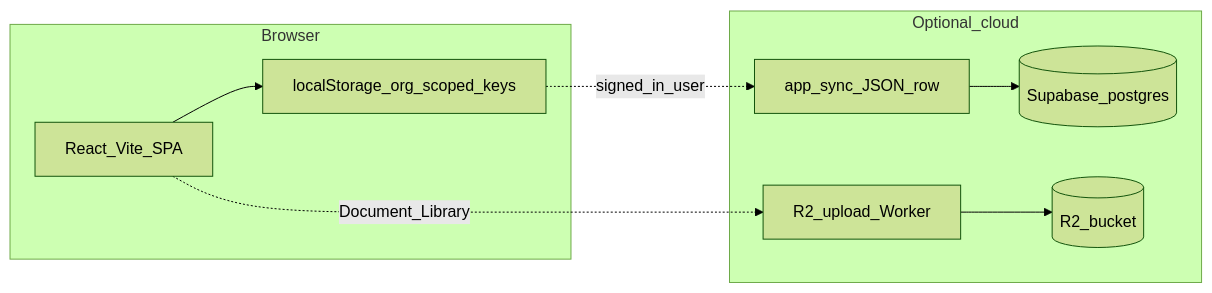
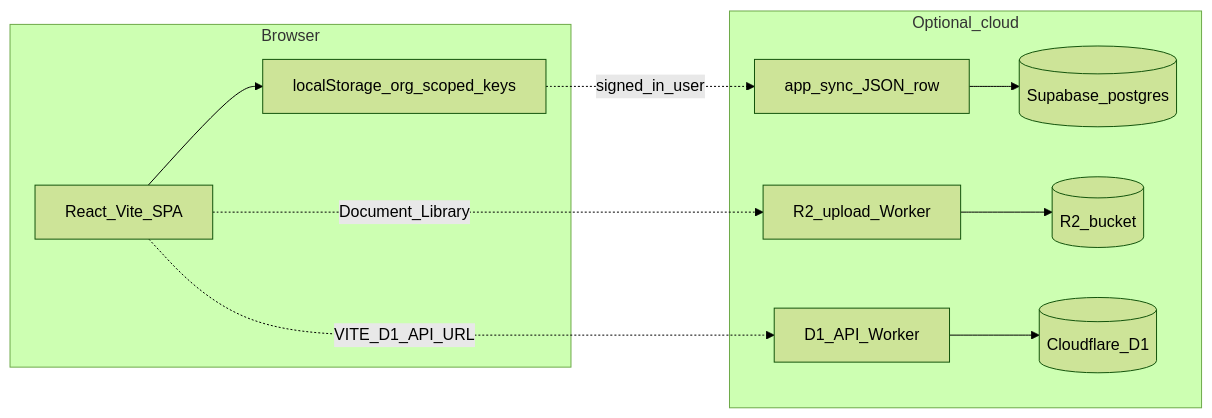
Before and after one commit to owedykpatryk-oss/MySafeOps: the diagram in DOCS/architecture-current.md, drawn with Mermaid (forest theme). The commit also changed other lines of this file and 39 other files, not shown here.

First line of the commit message:
feat: Cloudflare D1 API, audit chain, client sync hook, docs and Supabase migration fixes

````diff
--- a/DOCS/architecture-current.md
+++ b/DOCS/architecture-current.md
@@ -7,18 +7,22 @@
 ```mermaid
 flowchart LR
   subgraph browser [Browser]
     UI[React_Vite_SPA]
     LS[localStorage_org_scoped_keys]
   end
   subgraph optional [Optional_cloud]
     SB[(Supabase_postgres)]
     AS[app_sync_JSON_row]
     R2W[R2_upload_Worker]
     R2[(R2_bucket)]
+    D1W[D1_API_Worker]
+    D1[(Cloudflare_D1)]
   end
   UI --> LS
   LS -. signed_in_user .-> AS
   AS --> SB
   UI -. Document_Library .-> R2W
   R2W --> R2
+  UI -. "VITE_D1_API_URL" .-> D1W
+  D1W --> D1
 ```
````
